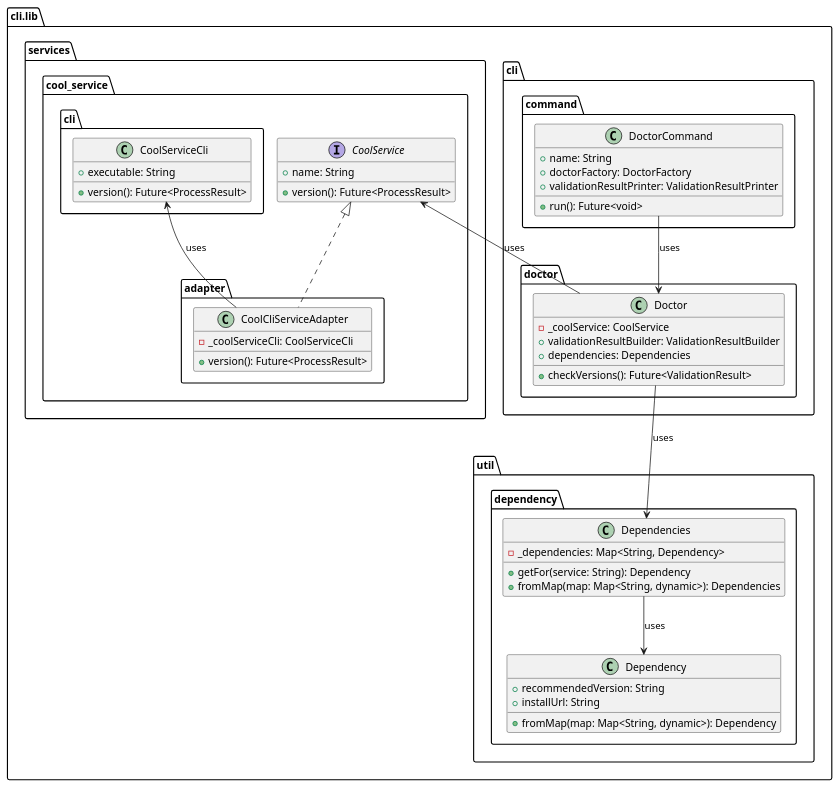
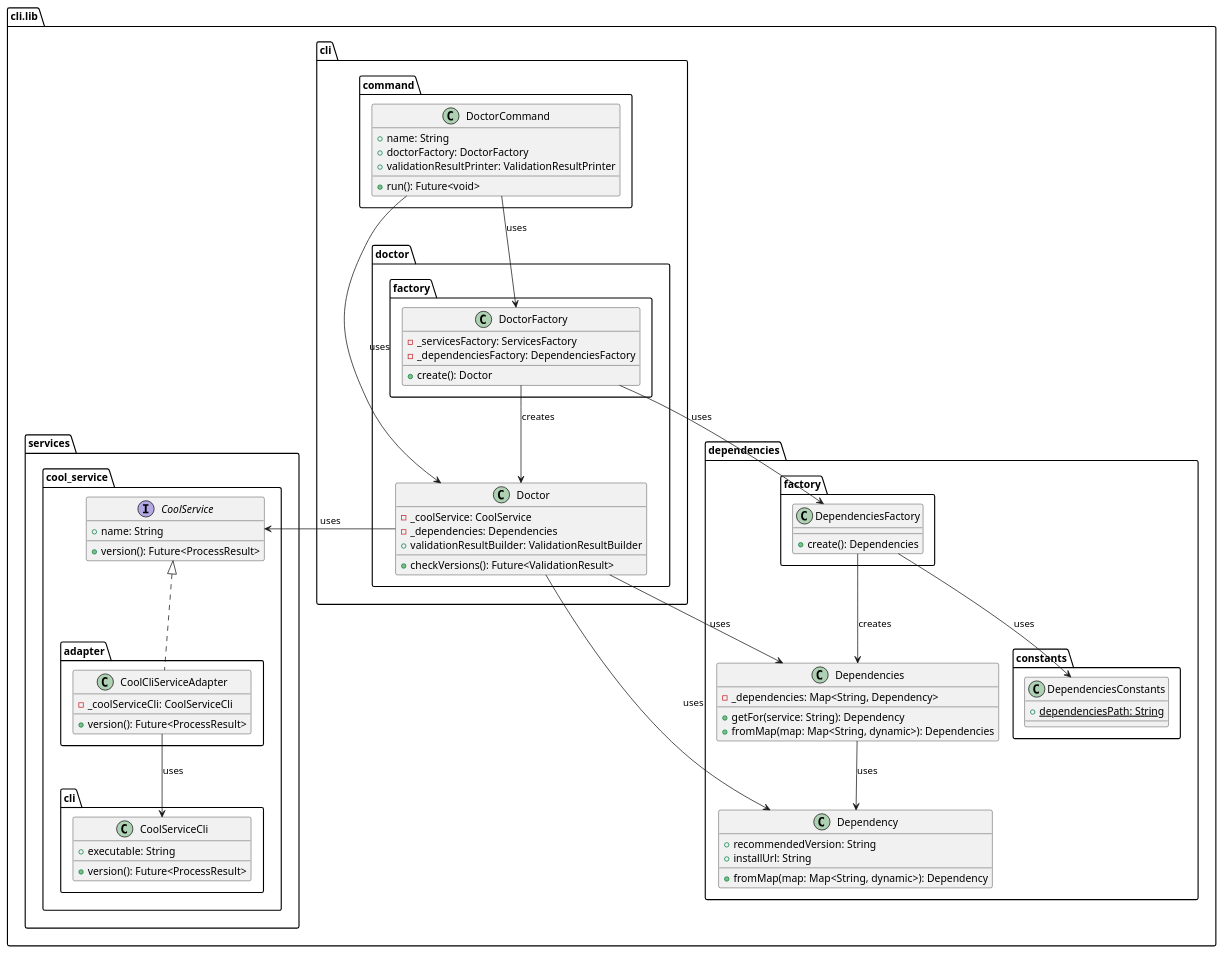
The diagram in metrics/cli/docs/features/doctor_output_improvements/diagrams/metrics_cli_class_diagram.puml (Flank/flank-dashboard), drawn with PlantUML before and after one commit. The commit also changed 2 other files, not shown here.

Commit message:
Update `dependencies` package description and diagrams

```diff
--- a/metrics/cli/docs/features/doctor_output_improvements/diagrams/metrics_cli_class_diagram.puml
+++ b/metrics/cli/docs/features/doctor_output_improvements/diagrams/metrics_cli_class_diagram.puml
@@ -1,78 +1,107 @@
 @startuml doctor_output_improvements_class_diagram
 
 package cli.lib as cli_lib {
     package cli {
         package command {
             class DoctorCommand {
                 + name: String
                 + doctorFactory: DoctorFactory
                 + validationResultPrinter: ValidationResultPrinter
 
                 + run(): Future<void>
             }
         }
 
         package doctor {
             class Doctor {
                 - _coolService: CoolService
+                - _dependencies: Dependencies
                 + validationResultBuilder: ValidationResultBuilder
-                + dependencies: Dependencies
 
                 + checkVersions(): Future<ValidationResult>
+            }
+
+            package factory as doctor_factory {
+                class DoctorFactory {
+                    - _servicesFactory: ServicesFactory
+                    - _dependenciesFactory: DependenciesFactory
+
+                    + create(): Doctor
+                }
             }
         }
     }
 
     package services {
         package cool_service {
             package adapter {
                 class CoolCliServiceAdapter {
                     - _coolServiceCli: CoolServiceCli
 
                     + version(): Future<ProcessResult>
                 }
             }
 
             package cli as cool_service_cli {
                 class CoolServiceCli {
                     + executable: String
 
                     + version(): Future<ProcessResult>
                 }
             }
 
             interface CoolService {
                 + name: String
                 + version(): Future<ProcessResult>
             }
         }
     }
 
-    package util.dependency {
+    package dependencies {
+        package factory as dependencies_factory {
+            class DependenciesFactory {
+                + create(): Dependencies
+            }
+        }
+
+        package constants {
+            class DependenciesConstants {
+                + {static} dependenciesPath: String
+            }
+        }
+
         class Dependency {
             + recommendedVersion: String
             + installUrl: String
 
             + fromMap(map: Map<String, dynamic>): Dependency
         }
 
         class Dependencies {
             - _dependencies: Map<String, Dependency>
 
             + getFor(service: String): Dependency
             + fromMap(map: Map<String, dynamic>): Dependencies
         }
     }
 }
 
 DoctorCommand --> Doctor : uses
+DoctorCommand --> DoctorFactory : uses
 
-Doctor -up-> CoolService : uses
+DoctorFactory --> Doctor : creates
+DoctorFactory --> DependenciesFactory : uses
+
+Doctor -left-> CoolService : uses
 Doctor --> Dependencies : uses
+Doctor --> Dependency : uses
 
 CoolCliServiceAdapter .up.|> CoolService
-CoolCliServiceAdapter -up-> CoolServiceCli : uses
+CoolCliServiceAdapter -down-> CoolServiceCli : uses
+
+DependenciesFactory --> Dependencies : creates
+DependenciesFactory --> DependenciesConstants : uses
 
 Dependencies --> Dependency : uses
 
 @enduml
```
